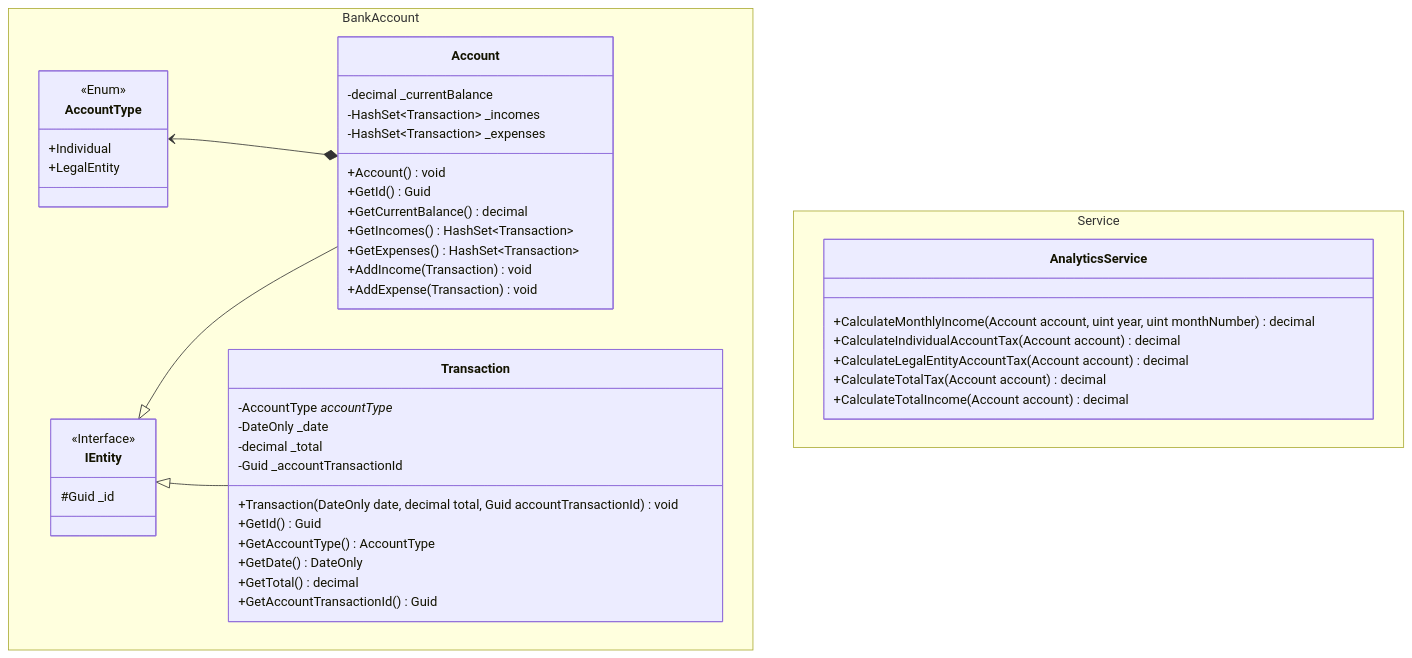
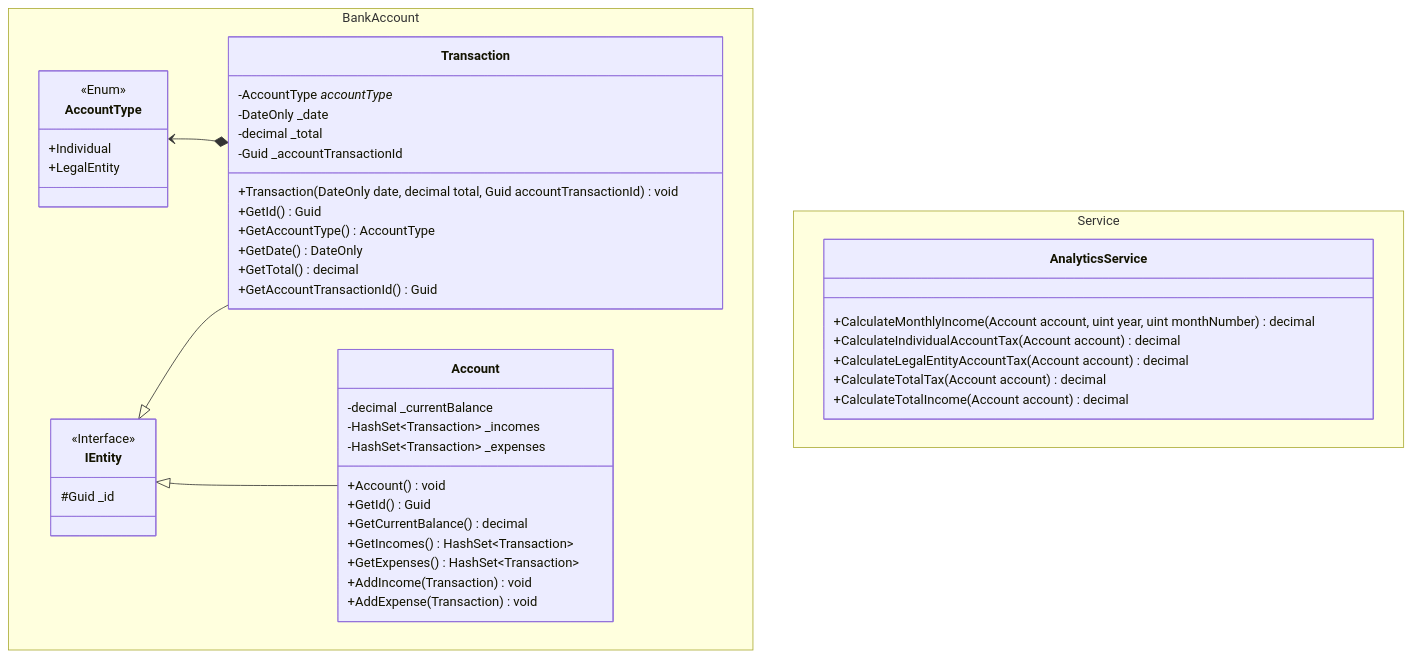
Before and after one commit to normalman101/Business-BS: the diagram in README.md, drawn with Mermaid.

Commit message:
Update README to reflect correct class relationships

````diff
--- a/README.md
+++ b/README.md
@@ -1,55 +1,55 @@
 ```mermaid
 classDiagram
     namespace BankAccount {
         class IEntity {
             <<Interface>>
             #Guid _id
         }
 
         class AccountType {
             <<Enum>>
             +Individual
             +LegalEntity
         }
 
         class Transaction {
             -AccountType _accountType_
             -DateOnly _date
             -decimal _total
             -Guid _accountTransactionId
             +Transaction(DateOnly date, decimal total, Guid accountTransactionId) void
             +GetId() Guid
             +GetAccountType() AccountType
             +GetDate() DateOnly
             +GetTotal() decimal
             +GetAccountTransactionId() Guid
         }
 
         class Account {
             -decimal _currentBalance
             -HashSet~Transaction~ _incomes
             -HashSet~Transaction~ _expenses
             +Account() void
             +GetId() Guid
             +GetCurrentBalance() decimal
             +GetIncomes() HashSet~Transaction~
             +GetExpenses() HashSet~Transaction~
             +AddIncome(Transaction) void
             +AddExpense(Transaction) void
         }
     }
-    AccountType <--* Account
+    AccountType <--* Transaction
     IEntity <|-- Transaction
     IEntity <|-- Account
 
 
     namespace Service {
         class AnalyticsService {
             +CalculateMonthlyIncome(Account account, uint year, uint monthNumber) decimal
             +CalculateIndividualAccountTax(Account account) decimal
             +CalculateLegalEntityAccountTax(Account account) decimal
             +CalculateTotalTax(Account account) decimal
             +CalculateTotalIncome(Account account) decimal
         }
     }
 ```
````
